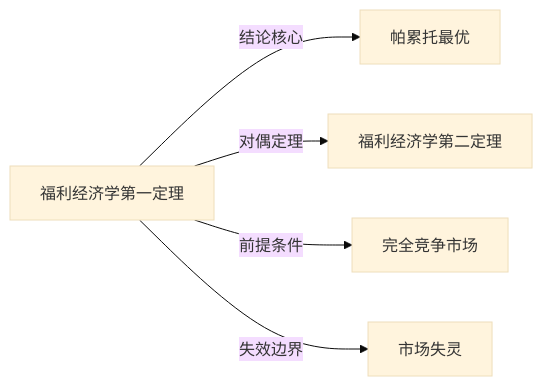
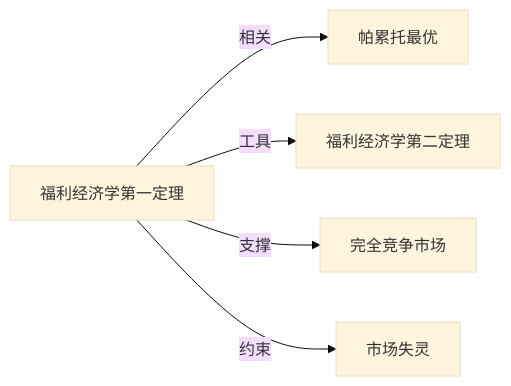
The diagram in Knowledge/Concepts/经济/福利经济学第一定理.md (KIMMCHOW/MyKnowledge), drawn with Mermaid (base theme) before and after one commit. The commit also changed 95 other files, not shown here.

Commit message:
reorganize: 统一关系图边标签为11类

````diff
--- a/Knowledge/Concepts/经济/福利经济学第一定理.md
+++ b/Knowledge/Concepts/经济/福利经济学第一定理.md
@@ -46,7 +46,7 @@
 ```mermaid
 graph LR
-福利经济学第一定理 -->|结论核心| 帕累托最优
-福利经济学第一定理 -->|对偶定理| 福利经济学第二定理
-福利经济学第一定理 -->|前提条件| 完全竞争市场
-福利经济学第一定理 -->|失效边界| 市场失灵
+福利经济学第一定理 -->|相关| 帕累托最优
+福利经济学第一定理 -->|工具| 福利经济学第二定理
+福利经济学第一定理 -->|支撑| 完全竞争市场
+福利经济学第一定理 -->|约束| 市场失灵
 ```
````
